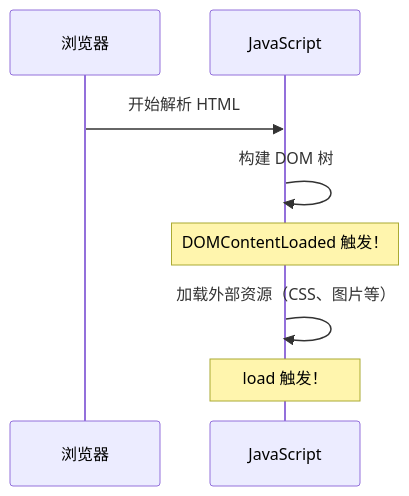
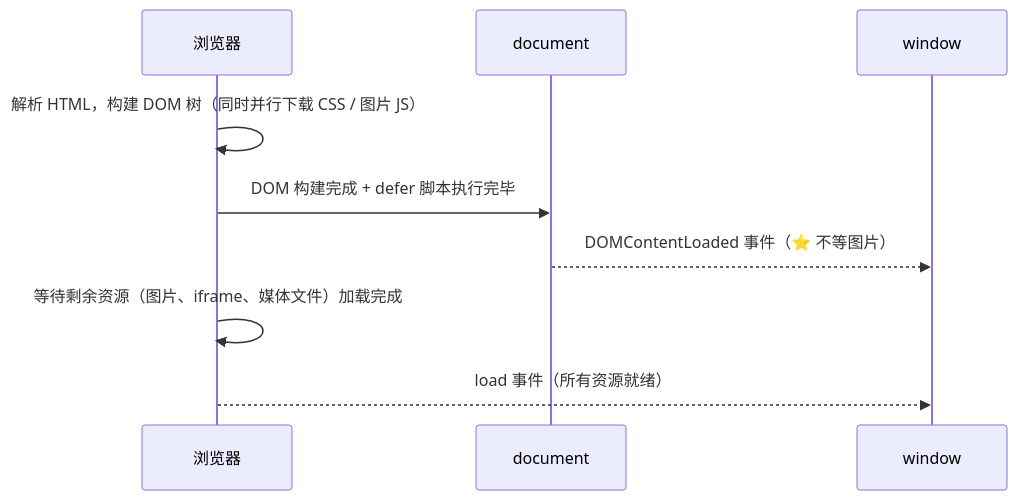
The diagram in content/Js/basic/Chapter-29-Event-Types.md (before80/prgms), drawn with Mermaid before and after one commit. The commit also changed other lines of this file and 1645 other files, not shown here.

````diff
--- a/content/Js/basic/Chapter-29-Event-Types.md
+++ b/content/Js/basic/Chapter-29-Event-Types.md
@@ -325,11 +392,11 @@
 ```mermaid
 sequenceDiagram
-    participant Browser as 浏览器
-    participant JS as JavaScript
-    
-    Browser->>JS: 开始解析 HTML
-    JS->>JS: 构建 DOM 树
-    Note over JS: DOMContentLoaded 触发！
-    JS->>JS: 加载外部资源（CSS、图片等）
-    Note over JS: load 触发！
+    participant B as 浏览器
+    participant D as document
+    participant W as window
+    B->>B: 解析 HTML，构建 DOM 树（同时并行下载 CSS / 图片 JS）
+    B->>D: DOM 构建完成 + defer 脚本执行完毕
+    D-->>W: DOMContentLoaded 事件（⭐ 不等图片）
+    B->>B: 等待剩余资源（图片、iframe、媒体文件）加载完成
+    B-->>W: load 事件（所有资源就绪）
 ```
````
